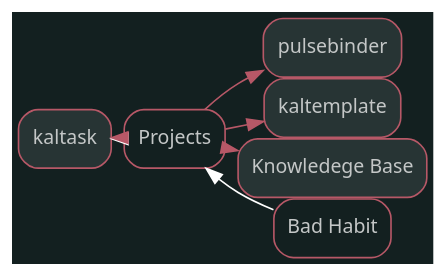
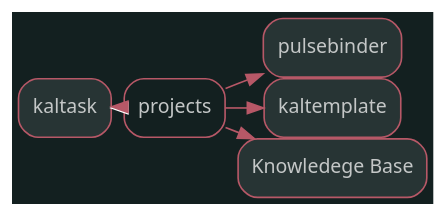
Before and after one commit to Kalelzar/Knowledge: the diagram in src/dot/kaltask.dot, drawn with Graphviz. The commit also changed 484 other files, not shown here.

```diff
--- a/src/dot/kaltask.dot
+++ b/src/dot/kaltask.dot
@@ -1,3 +1,3 @@
 digraph "kaltask" {graph [nodesep=0,ranksep=0,rankdir="LR",bgcolor="#132020"];node [shape="rectangle",style="rounded,filled",fontname="sans",fontsize="12px",labelfontname="sans",color="#b75867",fillcolor="#273434",fontcolor="#c4c7c7"];"kaltask" [label="kaltask",tooltip="kaltask",URL="/Knowledge/kaltask.html",target="_parent"];subgraph "Forward kaltask" {edge [color="#b75867"];}
-node [shape="rectangle",style="rounded",fontname="sans",fontsize="12px",labelfontname="sans",color="#b75867",fillcolor="#FFFFFF",fontcolor="#c4c7c7"];"Projects" [label="Projects",tooltip="Projects",URL="/Knowledge/Projects.html",target="_parent"];subgraph "Backward kaltask" {edge [dir="back",color="#FFFFFF"];"kaltask" -> "Projects";}node [shape="rectangle",style="rounded,filled",fontname="sans",fontsize="12px",labelfontname="sans",color="#b75867",fillcolor="#273434",fontcolor="#c4c7c7"];"Projects" [label="Projects",tooltip="Projects",URL="/Knowledge/Projects.html",target="_parent"];"pulsebinder" [label="pulsebinder",tooltip="pulsebinder",URL="/Knowledge/pulsebinder.html",target="_parent"];"kaltemplate" [label="kaltemplate",tooltip="kaltemplate",URL="/Knowledge/kaltemplate.html",target="_parent"];"kaltask" [label="kaltask",tooltip="kaltask",URL="/Knowledge/kaltask.html",target="_parent"];"Knowledege Base" [label="Knowledege Base",tooltip="Knowledege Base",URL="/Knowledge/Knowledege Base.html",target="_parent"];subgraph "Forward Projects" {edge [color="#b75867"];"Projects" -> "pulsebinder";"Projects" -> "kaltemplate";"Projects" -> "kaltask";"Projects" -> "Knowledege Base";}
-node [shape="rectangle",style="rounded",fontname="sans",fontsize="12px",labelfontname="sans",color="#b75867",fillcolor="#FFFFFF",fontcolor="#c4c7c7"];"Bad Habit" [label="Bad Habit",tooltip="Bad Habit",URL="/Knowledge/Bad Habit.html",target="_parent"];subgraph "Backward Projects" {edge [dir="back",color="#FFFFFF"];"Projects" -> "Bad Habit";}}
+node [shape="rectangle",style="rounded",fontname="sans",fontsize="12px",labelfontname="sans",color="#b75867",fillcolor="#FFFFFF",fontcolor="#c4c7c7"];"projects" [label="projects",tooltip="projects",URL="/Knowledge/projects.html",target="_parent"];subgraph "Backward kaltask" {edge [dir="back",color="#FFFFFF"];"kaltask" -> "projects";}node [shape="rectangle",style="rounded,filled",fontname="sans",fontsize="12px",labelfontname="sans",color="#b75867",fillcolor="#273434",fontcolor="#c4c7c7"];"projects" [label="projects",tooltip="projects",URL="/Knowledge/projects.html",target="_parent"];"pulsebinder" [label="pulsebinder",tooltip="pulsebinder",URL="/Knowledge/pulsebinder.html",target="_parent"];"kaltemplate" [label="kaltemplate",tooltip="kaltemplate",URL="/Knowledge/kaltemplate.html",target="_parent"];"kaltask" [label="kaltask",tooltip="kaltask",URL="/Knowledge/kaltask.html",target="_parent"];"Knowledege Base" [label="Knowledege Base",tooltip="Knowledege Base",URL="/Knowledge/Knowledege Base.html",target="_parent"];subgraph "Forward projects" {edge [color="#b75867"];"projects" -> "pulsebinder";"projects" -> "kaltemplate";"projects" -> "kaltask";"projects" -> "Knowledege Base";}
+node [shape="rectangle",style="rounded",fontname="sans",fontsize="12px",labelfontname="sans",color="#b75867",fillcolor="#FFFFFF",fontcolor="#c4c7c7"];subgraph "Backward projects" {edge [dir="back",color="#FFFFFF"];}}
```
